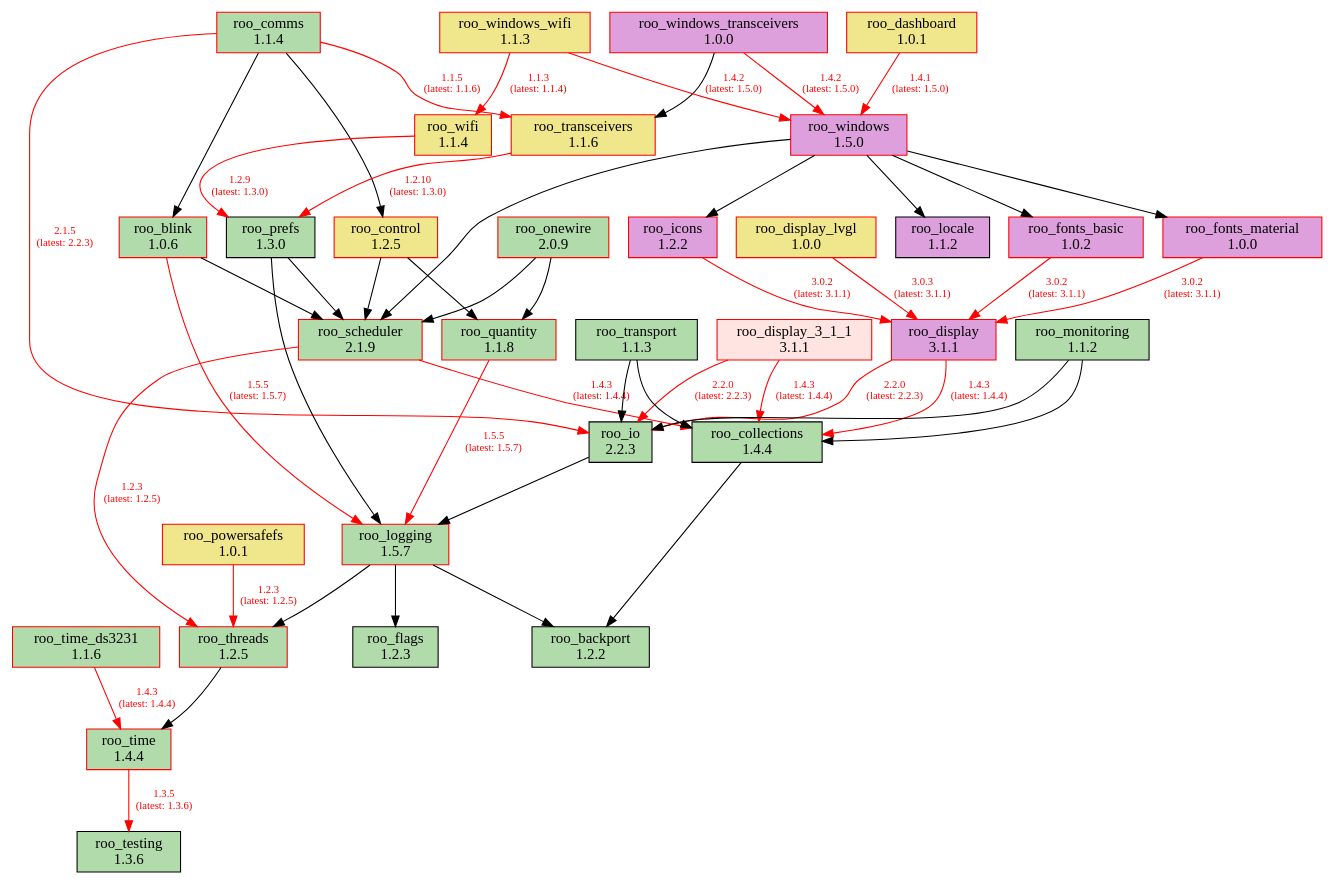
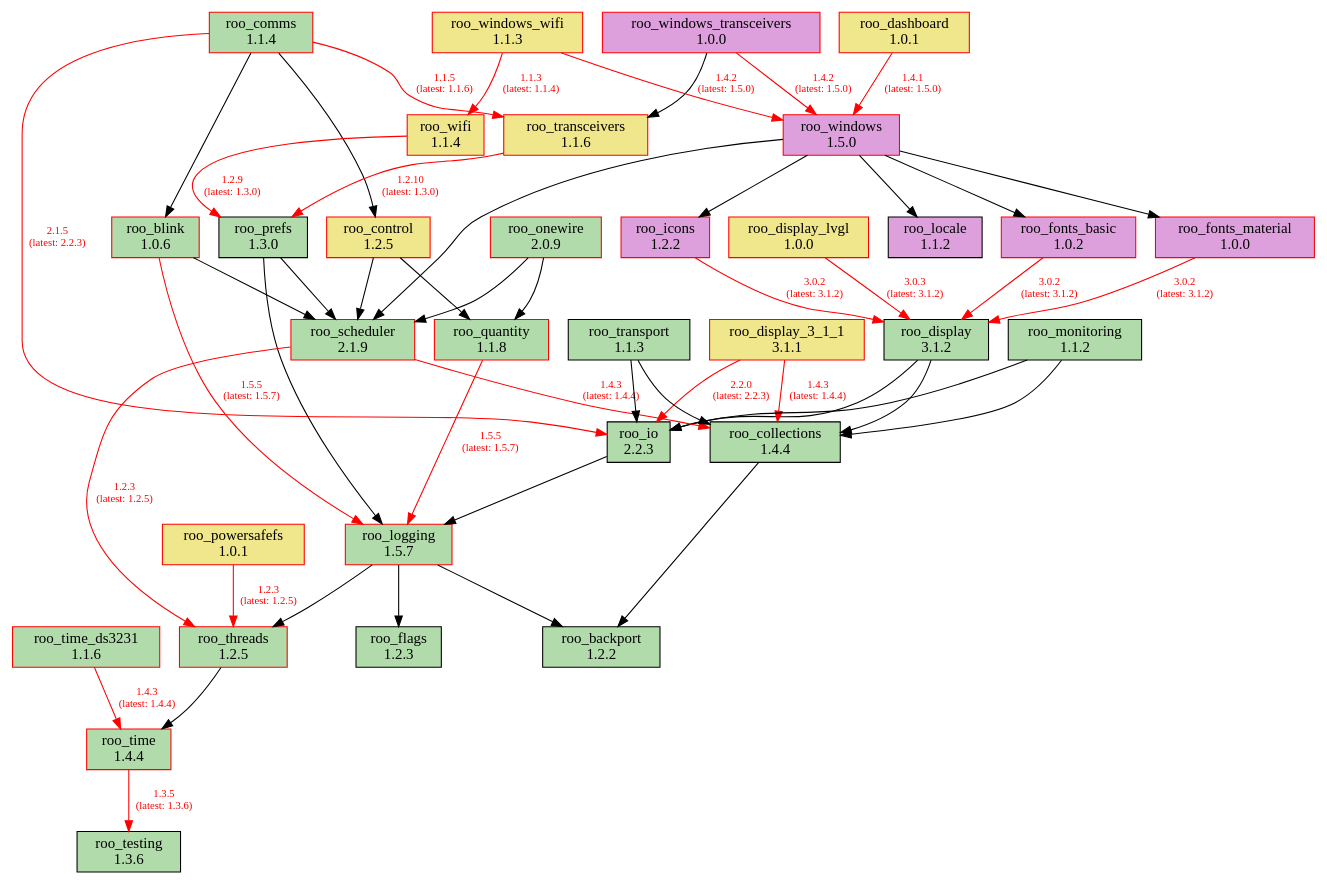
One commit to dejwk/roo-registry changed the diagram in doc/dependencies.dot. Above: the diagram before and after it, drawn with Graphviz. The commit also changed 3 other files, not shown here.

Commit message:
Added roo_display 3.1.2 to the registry.

```diff
--- a/doc/dependencies.dot
+++ b/doc/dependencies.dot
@@ -1,89 +1,89 @@
 digraph dependencies {
     rankdir=TB;
     node [shape=box, style=filled];
     edge [fontsize=10];
 
     // Modules
     "roo_backport" [label="roo_backport\n1.2.2", fillcolor="#b1dbab", color="black"];
     "roo_blink" [label="roo_blink\n1.0.6", fillcolor="#b1dbab", color="red"];
     "roo_collections" [label="roo_collections\n1.4.4", fillcolor="#b1dbab", color="black"];
     "roo_comms" [label="roo_comms\n1.1.4", fillcolor="#b1dbab", color="red"];
     "roo_control" [label="roo_control\n1.2.5", fillcolor="khaki", color="red"];
     "roo_dashboard" [label="roo_dashboard\n1.0.1", fillcolor="khaki", color="red"];
-    "roo_display" [label="roo_display\n3.1.1", fillcolor="plum", color="red"];
-    "roo_display_3_1_1" [label="roo_display_3_1_1\n3.1.1", fillcolor="mistyrose", color="red"];
+    "roo_display" [label="roo_display\n3.1.2", fillcolor="#b1dbab", color="black"];
+    "roo_display_3_1_1" [label="roo_display_3_1_1\n3.1.1", fillcolor="khaki", color="red"];
     "roo_display_lvgl" [label="roo_display_lvgl\n1.0.0", fillcolor="khaki", color="red"];
     "roo_flags" [label="roo_flags\n1.2.3", fillcolor="#b1dbab", color="black"];
     "roo_fonts_basic" [label="roo_fonts_basic\n1.0.2", fillcolor="plum", color="red"];
     "roo_fonts_material" [label="roo_fonts_material\n1.0.0", fillcolor="plum", color="red"];
     "roo_icons" [label="roo_icons\n1.2.2", fillcolor="plum", color="red"];
     "roo_io" [label="roo_io\n2.2.3", fillcolor="#b1dbab", color="black"];
     "roo_locale" [label="roo_locale\n1.1.2", fillcolor="plum", color="black"];
     "roo_logging" [label="roo_logging\n1.5.7", fillcolor="#b1dbab", color="red"];
     "roo_monitoring" [label="roo_monitoring\n1.1.2", fillcolor="#b1dbab", color="black"];
     "roo_onewire" [label="roo_onewire\n2.0.9", fillcolor="#b1dbab", color="red"];
     "roo_powersafefs" [label="roo_powersafefs\n1.0.1", fillcolor="khaki", color="red"];
     "roo_prefs" [label="roo_prefs\n1.3.0", fillcolor="#b1dbab", color="black"];
     "roo_quantity" [label="roo_quantity\n1.1.8", fillcolor="#b1dbab", color="red"];
     "roo_scheduler" [label="roo_scheduler\n2.1.9", fillcolor="#b1dbab", color="red"];
     "roo_testing" [label="roo_testing\n1.3.6", fillcolor="#b1dbab", color="black"];
     "roo_threads" [label="roo_threads\n1.2.5", fillcolor="#b1dbab", color="red"];
     "roo_time" [label="roo_time\n1.4.4", fillcolor="#b1dbab", color="red"];
     "roo_time_ds3231" [label="roo_time_ds3231\n1.1.6", fillcolor="#b1dbab", color="red"];
     "roo_transceivers" [label="roo_transceivers\n1.1.6", fillcolor="khaki", color="red"];
     "roo_transport" [label="roo_transport\n1.1.3", fillcolor="#b1dbab", color="black"];
     "roo_wifi" [label="roo_wifi\n1.1.4", fillcolor="khaki", color="red"];
     "roo_windows" [label="roo_windows\n1.5.0", fillcolor="plum", color="red"];
     "roo_windows_transceivers" [label="roo_windows_transceivers\n1.0.0", fillcolor="plum", color="red"];
     "roo_windows_wifi" [label="roo_windows_wifi\n1.1.3", fillcolor="khaki", color="red"];
 
     // Dependencies
     "roo_blink" -> "roo_logging" [color=red, fontcolor=red, label="1.5.5\n(latest: 1.5.7)"];
     "roo_blink" -> "roo_scheduler";
     "roo_collections" -> "roo_backport";
     "roo_comms" -> "roo_blink";
     "roo_comms" -> "roo_control";
     "roo_comms" -> "roo_io" [color=red, fontcolor=red, label="2.1.5\n(latest: 2.2.3)"];
     "roo_comms" -> "roo_transceivers" [color=red, fontcolor=red, label="1.1.5\n(latest: 1.1.6)"];
     "roo_control" -> "roo_quantity";
     "roo_control" -> "roo_scheduler";
     "roo_dashboard" -> "roo_windows" [color=red, fontcolor=red, label="1.4.1\n(latest: 1.5.0)"];
-    "roo_display" -> "roo_collections" [color=red, fontcolor=red, label="1.4.3\n(latest: 1.4.4)"];
-    "roo_display" -> "roo_io" [color=red, fontcolor=red, label="2.2.0\n(latest: 2.2.3)"];
+    "roo_display" -> "roo_collections";
+    "roo_display" -> "roo_io";
     "roo_display_3_1_1" -> "roo_collections" [color=red, fontcolor=red, label="1.4.3\n(latest: 1.4.4)"];
     "roo_display_3_1_1" -> "roo_io" [color=red, fontcolor=red, label="2.2.0\n(latest: 2.2.3)"];
-    "roo_display_lvgl" -> "roo_display" [color=red, fontcolor=red, label="3.0.3\n(latest: 3.1.1)"];
-    "roo_fonts_basic" -> "roo_display" [color=red, fontcolor=red, label="3.0.2\n(latest: 3.1.1)"];
-    "roo_fonts_material" -> "roo_display" [color=red, fontcolor=red, label="3.0.2\n(latest: 3.1.1)"];
-    "roo_icons" -> "roo_display" [color=red, fontcolor=red, label="3.0.2\n(latest: 3.1.1)"];
+    "roo_display_lvgl" -> "roo_display" [color=red, fontcolor=red, label="3.0.3\n(latest: 3.1.2)"];
+    "roo_fonts_basic" -> "roo_display" [color=red, fontcolor=red, label="3.0.2\n(latest: 3.1.2)"];
+    "roo_fonts_material" -> "roo_display" [color=red, fontcolor=red, label="3.0.2\n(latest: 3.1.2)"];
+    "roo_icons" -> "roo_display" [color=red, fontcolor=red, label="3.0.2\n(latest: 3.1.2)"];
     "roo_io" -> "roo_logging";
     "roo_logging" -> "roo_backport";
     "roo_logging" -> "roo_flags";
     "roo_logging" -> "roo_threads";
     "roo_monitoring" -> "roo_collections";
     "roo_monitoring" -> "roo_io";
     "roo_onewire" -> "roo_scheduler";
     "roo_onewire" -> "roo_quantity";
     "roo_powersafefs" -> "roo_threads" [color=red, fontcolor=red, label="1.2.3\n(latest: 1.2.5)"];
     "roo_prefs" -> "roo_logging";
     "roo_prefs" -> "roo_scheduler";
     "roo_quantity" -> "roo_logging" [color=red, fontcolor=red, label="1.5.5\n(latest: 1.5.7)"];
     "roo_scheduler" -> "roo_collections" [color=red, fontcolor=red, label="1.4.3\n(latest: 1.4.4)"];
     "roo_scheduler" -> "roo_threads" [color=red, fontcolor=red, label="1.2.3\n(latest: 1.2.5)"];
     "roo_threads" -> "roo_time";
     "roo_time" -> "roo_testing" [color=red, fontcolor=red, label="1.3.5\n(latest: 1.3.6)"];
     "roo_time_ds3231" -> "roo_time" [color=red, fontcolor=red, label="1.4.3\n(latest: 1.4.4)"];
     "roo_transceivers" -> "roo_prefs" [color=red, fontcolor=red, label="1.2.10\n(latest: 1.3.0)"];
     "roo_transport" -> "roo_collections";
     "roo_transport" -> "roo_io";
     "roo_wifi" -> "roo_prefs" [color=red, fontcolor=red, label="1.2.9\n(latest: 1.3.0)"];
     "roo_windows" -> "roo_fonts_basic";
     "roo_windows" -> "roo_fonts_material";
     "roo_windows" -> "roo_locale";
     "roo_windows" -> "roo_icons";
     "roo_windows" -> "roo_scheduler";
     "roo_windows_transceivers" -> "roo_transceivers";
     "roo_windows_transceivers" -> "roo_windows" [color=red, fontcolor=red, label="1.4.2\n(latest: 1.5.0)"];
     "roo_windows_wifi" -> "roo_wifi" [color=red, fontcolor=red, label="1.1.3\n(latest: 1.1.4)"];
     "roo_windows_wifi" -> "roo_windows" [color=red, fontcolor=red, label="1.4.2\n(latest: 1.5.0)"];
 }
```
